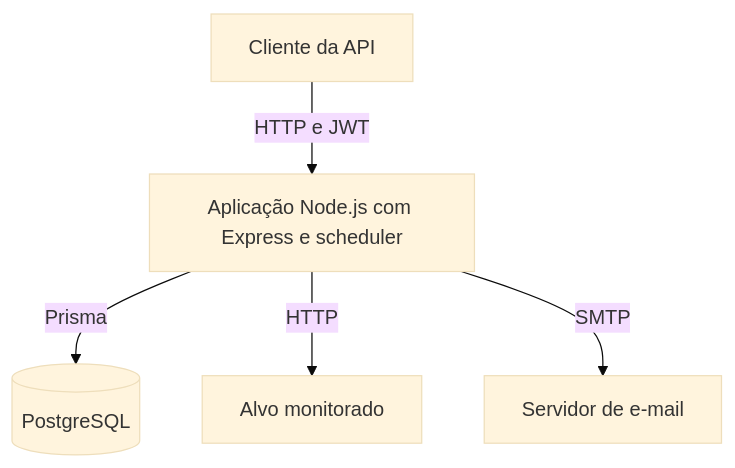
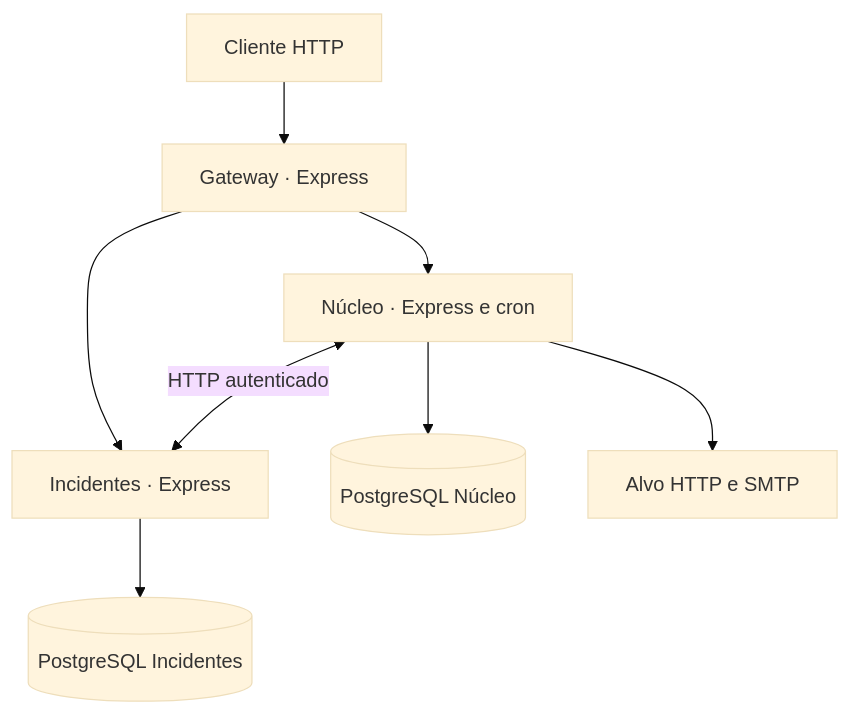
The second of 6 diagrams in docs/architecture.md (danieLx77/uptime-core-PI), drawn with Mermaid (base theme) before and after one commit. The commit also changed other lines of this file and 10 other files, not shown here.

````diff
--- a/docs/architecture.md
+++ b/docs/architecture.md
@@ -16,7 +14,10 @@
 ```mermaid
 flowchart TD
-    Client["Cliente da API"] -->|HTTP e JWT| App["Aplicação Node.js com Express e scheduler"]
-    App -->|Prisma| DB[("PostgreSQL")]
-    App -->|HTTP| Target["Alvo monitorado"]
-    App -->|SMTP| Mail["Servidor de e-mail"]
+    User["Cliente HTTP"] --> Gateway["Gateway · Express"]
+    Gateway --> Core["Núcleo · Express e cron"]
+    Gateway --> Incidents["Incidentes · Express"]
+    Core <-->|HTTP autenticado| Incidents
+    Core --> CoreDB[("PostgreSQL Núcleo")]
+    Incidents --> IncDB[("PostgreSQL Incidentes")]
+    Core --> Target["Alvo HTTP e SMTP"]
 ```
````
